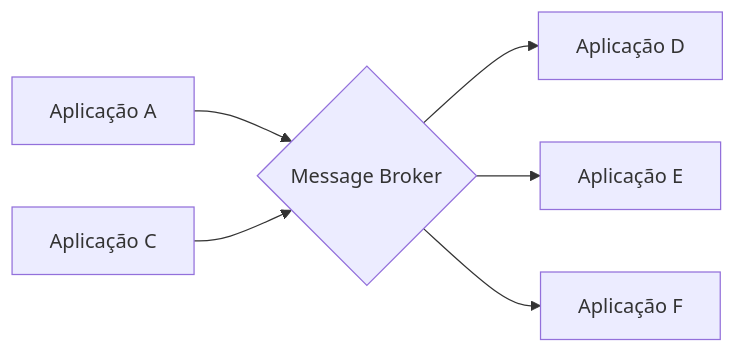
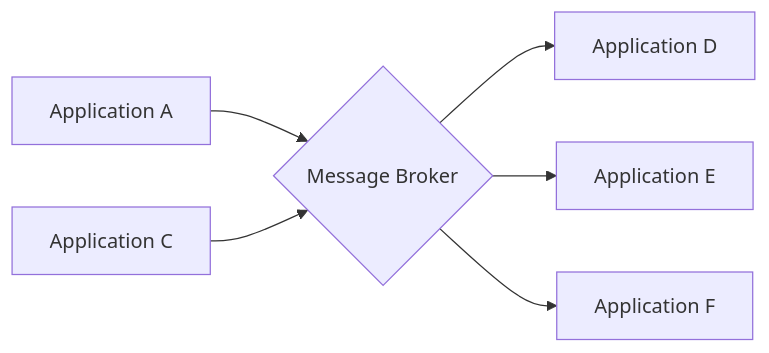
Before and after one commit to alancesar/design-patterns: the diagram in docs/architecture/eip/message-routing/message-broker.md, drawn with Mermaid. The commit also changed 258 other files, not shown here.

First line of the commit message:
Translate Mermaid diagrams to English

````diff
--- a/docs/architecture/eip/message-routing/message-broker.md
+++ b/docs/architecture/eip/message-routing/message-broker.md
@@ -53,8 +53,8 @@
 ```mermaid
 flowchart LR
-    A["Aplicação A"] --> B{"Message Broker"}
-    C["Aplicação C"] --> B
-    B --> D["Aplicação D"]
-    B --> E["Aplicação E"]
-    B --> F["Aplicação F"]
+    A["Application A"] --> B{"Message Broker"}
+    C["Application C"] --> B
+    B --> D["Application D"]
+    B --> E["Application E"]
+    B --> F["Application F"]
 ```
````
